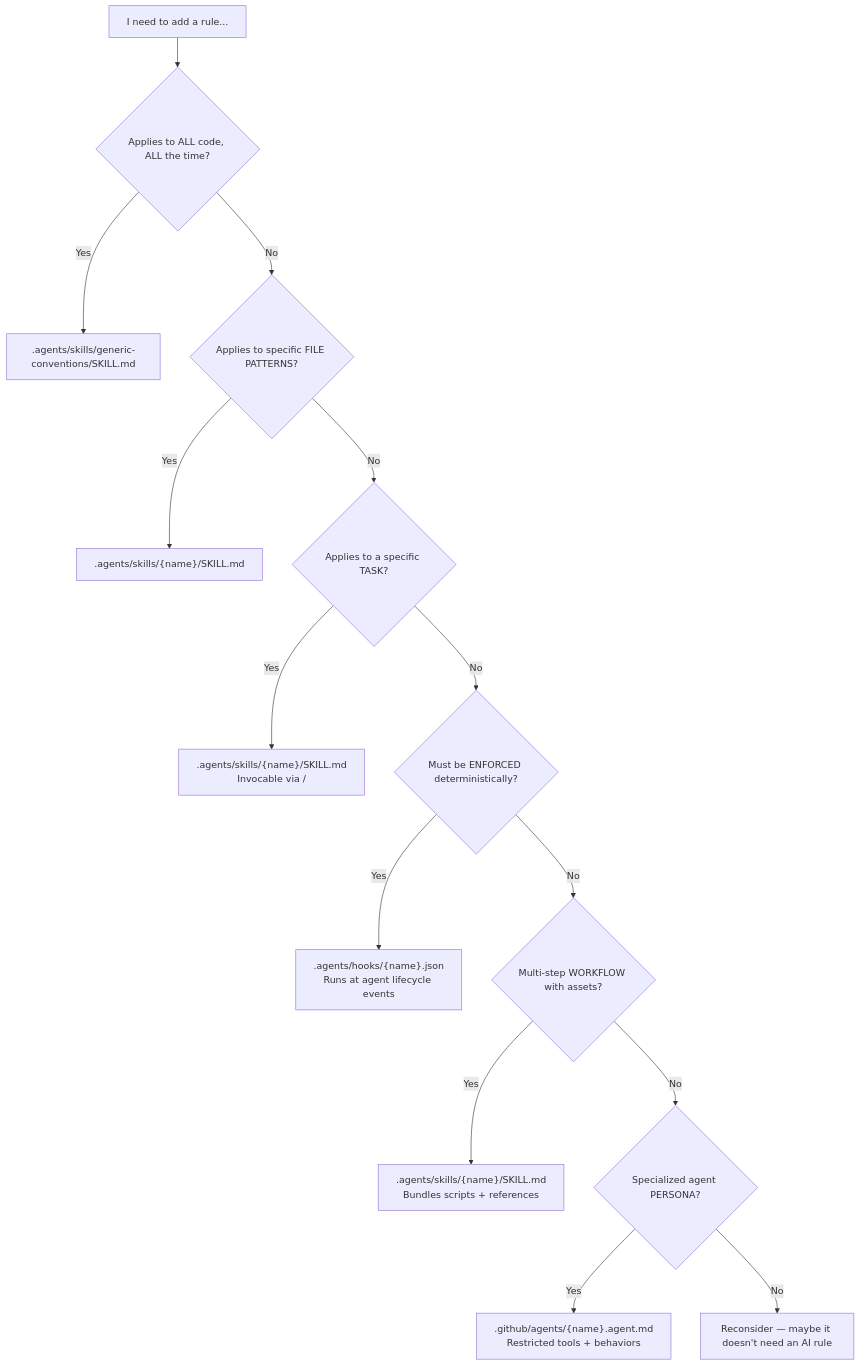
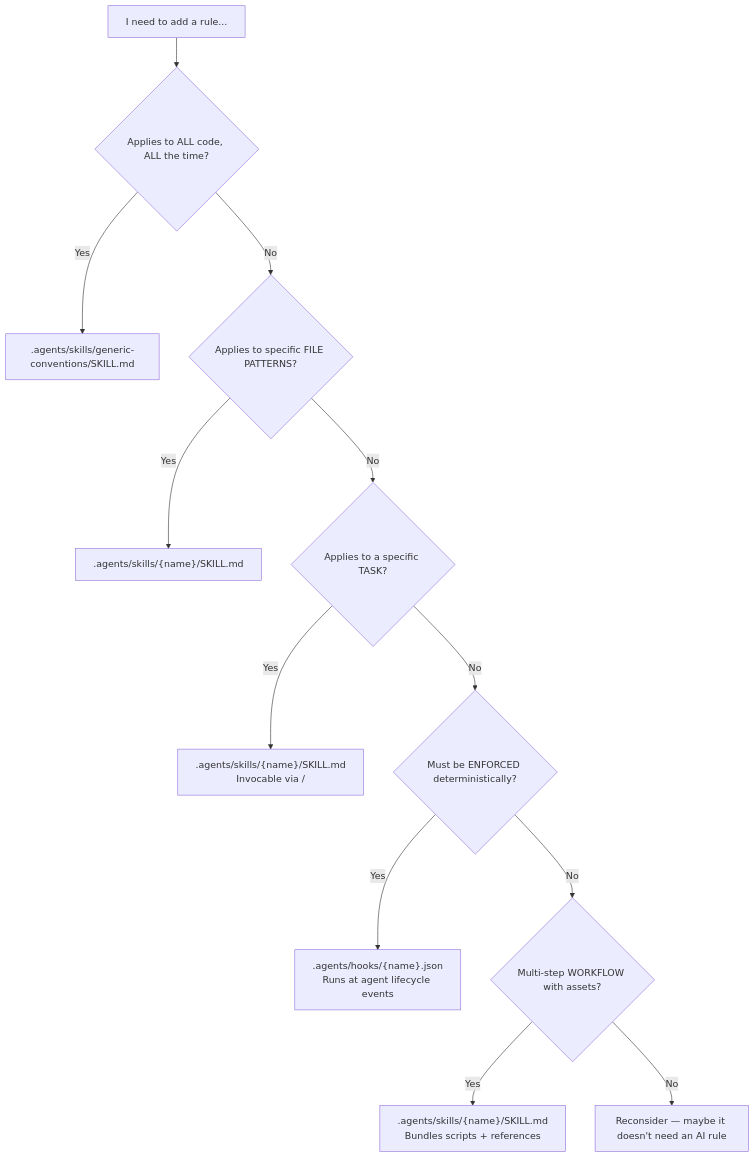
Before and after one commit to jtmb/ingenium: the diagram in USAGE.md, drawn with Mermaid. The commit also changed other lines of this file and 17 other files, not shown here.

First line of the commit message:
refactor(agents): remove custom agent definitions and manage-agents skill

````diff
--- a/USAGE.md
+++ b/USAGE.md
@@ -99,16 +99,14 @@
 ```mermaid
 graph TD
     START[I need to add a rule...] --> Q1{Applies to ALL code, ALL the time?}
     Q1 -->|Yes| GENERIC[".agents/skills/generic-conventions/SKILL.md"]
     Q1 -->|No| Q2{Applies to specific FILE PATTERNS?}
     Q2 -->|Yes| SKILL[".agents/skills/{name}/SKILL.md"]
     Q2 -->|No| Q3{Applies to a specific TASK?}
     Q3 -->|Yes| TASKSKILL[".agents/skills/{name}/SKILL.md\nInvocable via /"]
     Q3 -->|No| Q4{Must be ENFORCED deterministically?}
     Q4 -->|Yes| HOOK[".agents/hooks/{name}.json\nRuns at agent lifecycle events"]
     Q4 -->|No| Q5{Multi-step WORKFLOW with assets?}
     Q5 -->|Yes| COMPLEXSKILL[".agents/skills/{name}/SKILL.md\nBundles scripts + references"]
-    Q5 -->|No| Q6{Specialized agent PERSONA?}
-    Q6 -->|Yes| AGENT[".github/agents/{name}.agent.md\nRestricted tools + behaviors"]
-    Q6 -->|No| RECONSIDER[Reconsider — maybe it doesn't need an AI rule]
+    Q5 -->|No| RECONSIDER[Reconsider — maybe it doesn't need an AI rule]
 ```
````
